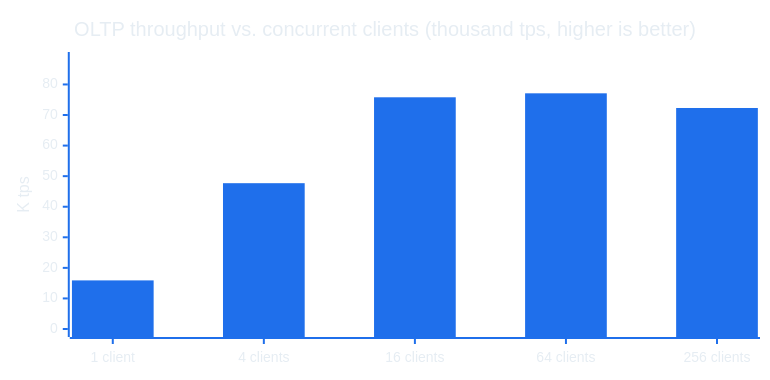
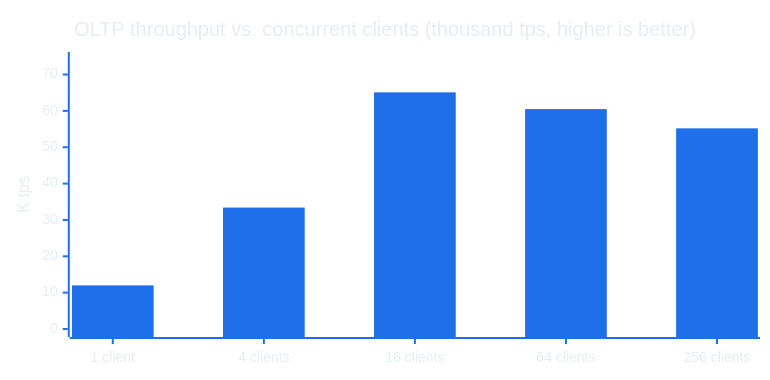
Before and after one commit to DataDalton/Zyron: the second of 4 diagrams in README.md, drawn with Mermaid. The commit also changed other lines of this file and 192 other files, not shown here.

````diff
--- a/README.md
+++ b/README.md
@@ -203,8 +203,8 @@
 ```mermaid
 %%{init: {'theme':'base','themeVariables':{'xyChart':{'backgroundColor':'transparent','titleColor':'#e6edf3','xAxisLabelColor':'#e6edf3','xAxisTitleColor':'#e6edf3','xAxisTickColor':'#1f6feb','xAxisLineColor':'#1f6feb','yAxisLabelColor':'#e6edf3','yAxisTitleColor':'#e6edf3','yAxisTickColor':'#1f6feb','yAxisLineColor':'#1f6feb','plotColorPalette':'#1f6feb'}},'xyChart':{'width':750,'height':360}}}%%
 xychart-beta
     title "OLTP throughput vs. concurrent clients (thousand tps, higher is better)"
     x-axis ["1 client", "4 clients", "16 clients", "64 clients", "256 clients"]
-    y-axis "K tps" 0 --> 88
-    bar [15.9, 47.7, 75.8, 77.1, 72.3]
+    y-axis "K tps" 0 --> 74
+    bar [12.0, 33.4, 65.1, 60.5, 55.2]
 ```
````
